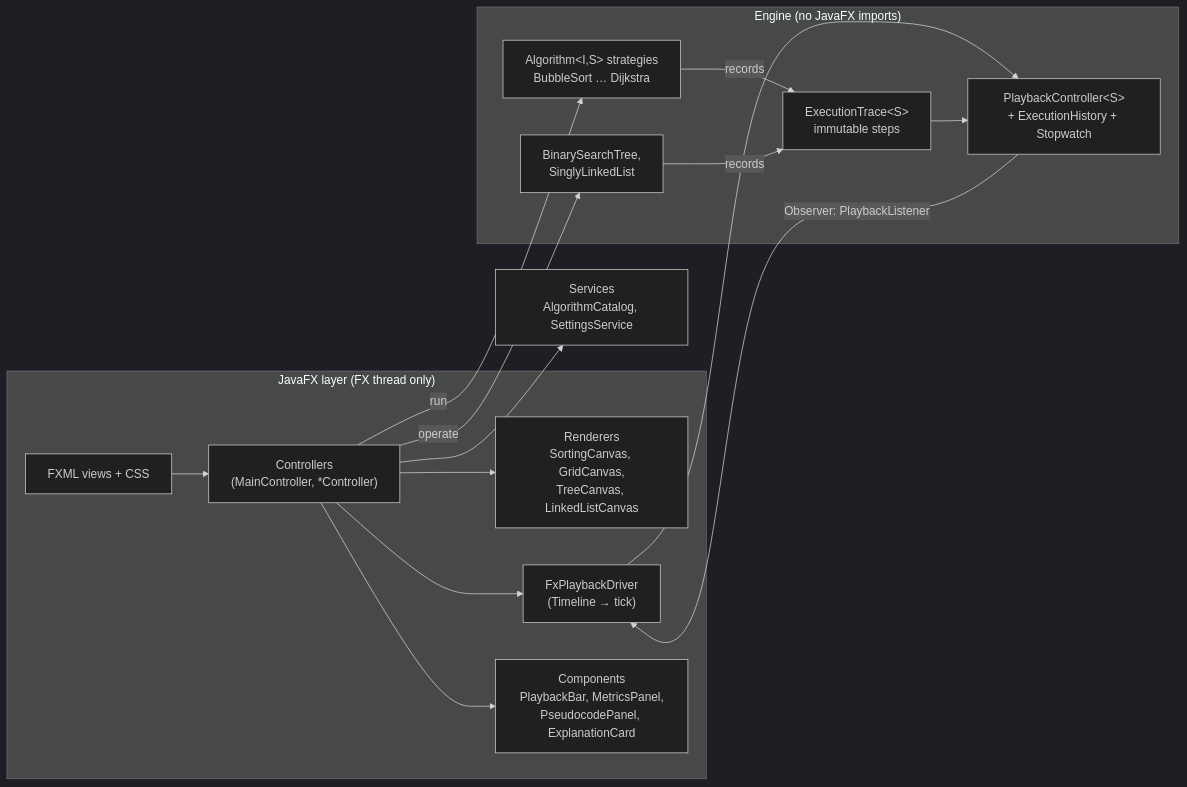
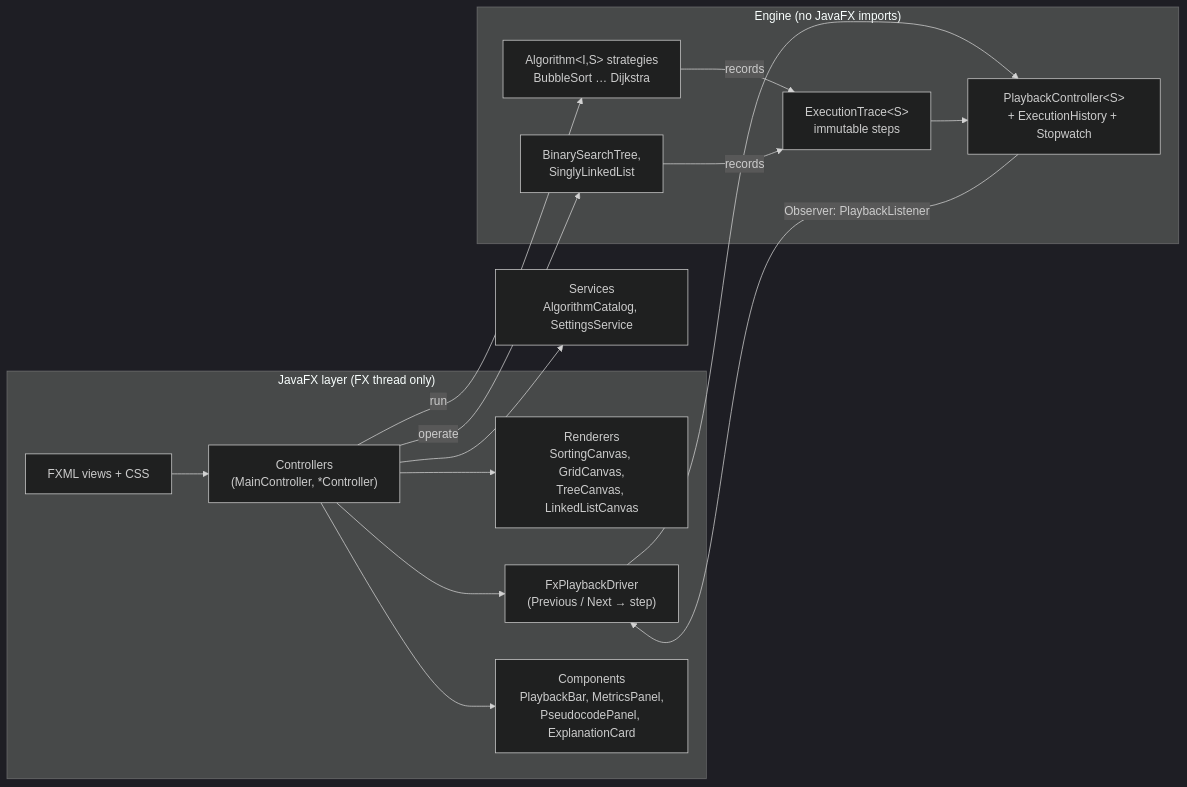
Before and after one commit to krishavshaurya0303/AlgViz-: the diagram in README.md, drawn with Mermaid (dark theme). The commit also changed other lines of this file and 10 other files, not shown here.

````diff
--- a/README.md
+++ b/README.md
@@ -59,21 +72,21 @@
 ```mermaid
 flowchart LR
     subgraph UI["JavaFX layer (FX thread only)"]
         FXML["FXML views + CSS"] --> C["Controllers<br/>(MainController, *Controller)"]
         C --> R["Renderers<br/>SortingCanvas, GridCanvas,<br/>TreeCanvas, LinkedListCanvas"]
-        C --> D["FxPlaybackDriver<br/>(Timeline → tick)"]
+        C --> D["FxPlaybackDriver<br/>(Previous / Next → step)"]
         C --> COMP["Components<br/>PlaybackBar, MetricsPanel,<br/>PseudocodePanel, ExplanationCard"]
     end
     subgraph Engine["Engine (no JavaFX imports)"]
         A["Algorithm&lt;I,S&gt; strategies<br/>BubbleSort … Dijkstra"] -->|records| T["ExecutionTrace&lt;S&gt;<br/>immutable steps"]
         DS["BinarySearchTree,<br/>SinglyLinkedList"] -->|records| T
         P["PlaybackController&lt;S&gt;<br/>+ ExecutionHistory + Stopwatch"]
     end
     S["Services<br/>AlgorithmCatalog, SettingsService"]
     C -->|run| A
     C -->|operate| DS
     D --> P
     P -- "Observer: PlaybackListener" --> D
     T --> P
     C --> S
 ```
````
